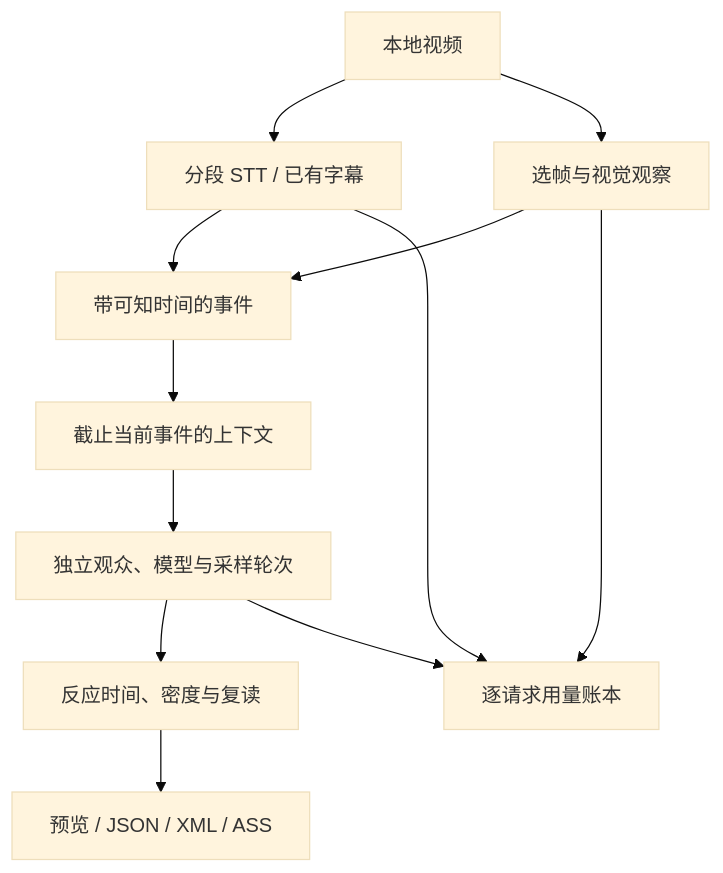
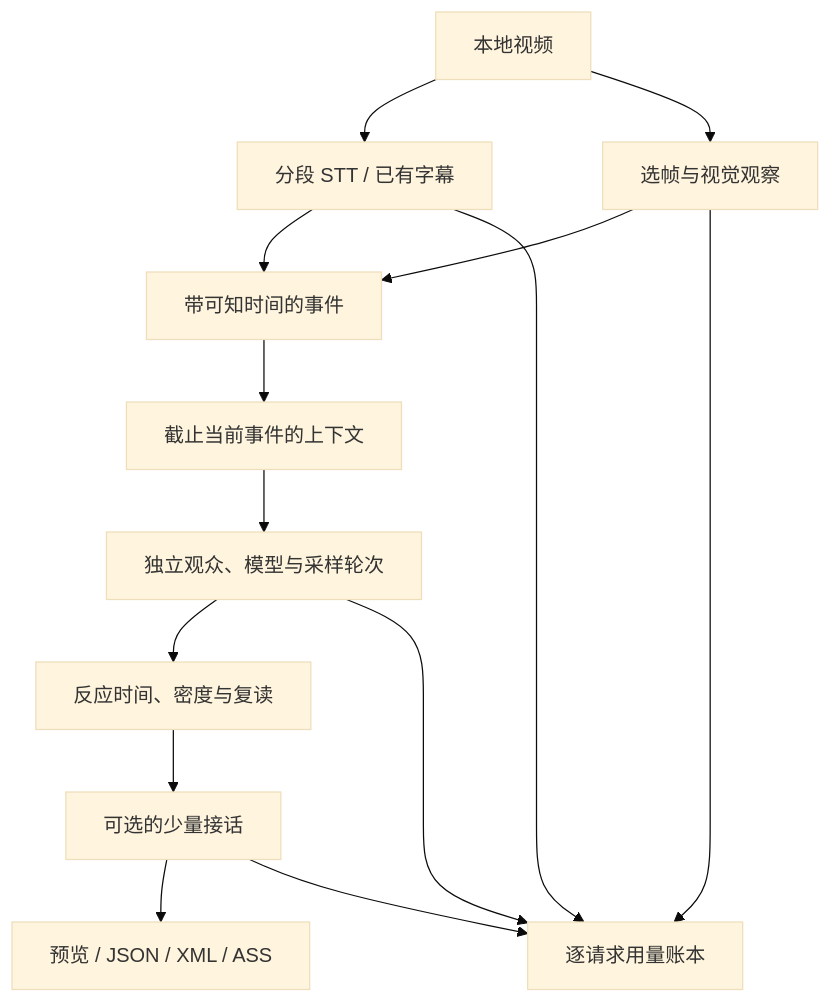
One commit to AxelHu/danmaku-simulator changed the diagram in docs/ARCHITECTURE.md. Above: the diagram before and after it, drawn with Mermaid (base theme). The commit also changed other lines of this file and 38 other files, not shown here.

````diff
--- a/docs/ARCHITECTURE.md
+++ b/docs/ARCHITECTURE.md
@@ -5,14 +5,16 @@
 ```mermaid
 flowchart TD
     V["本地视频"] --> A["分段 STT / 已有字幕"]
     V --> F["选帧与视觉观察"]
     A --> E["带可知时间的事件"]
     F --> E
     E --> C["截止当前事件的上下文"]
     C --> P["独立观众、模型与采样轮次"]
     P --> S["反应时间、密度与复读"]
-    S --> O["预览 / JSON / XML / ASS"]
+    S --> I["可选的少量接话"]
+    I --> O["预览 / JSON / XML / ASS"]
     F --> L["逐请求用量账本"]
     A --> L
     P --> L
+    I --> L
 ```
````
